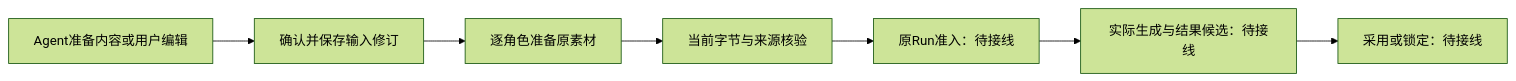
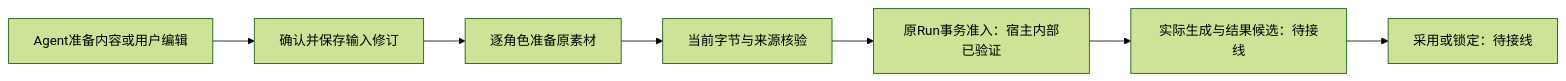
Before and after one commit to DeadlyJoker/cuican-aide: the diagram in docs/project-media-input-protocol.md, drawn with Mermaid (forest theme). The commit also changed other lines of this file and 26 other files, not shown here.

````diff
--- a/docs/project-media-input-protocol.md
+++ b/docs/project-media-input-protocol.md
@@ -7,9 +7,9 @@
 ```mermaid
 flowchart LR
   A[Agent准备内容或用户编辑] --> B[确认并保存输入修订]
   B --> C[逐角色准备原素材]
   C --> D[当前字节与来源核验]
-  D --> E[原Run准入：待接线]
+  D --> E[原Run事务准入：宿主内部已验证]
   E --> F[实际生成与结果候选：待接线]
   F --> G[采用或锁定：待接线]
 ```
````
